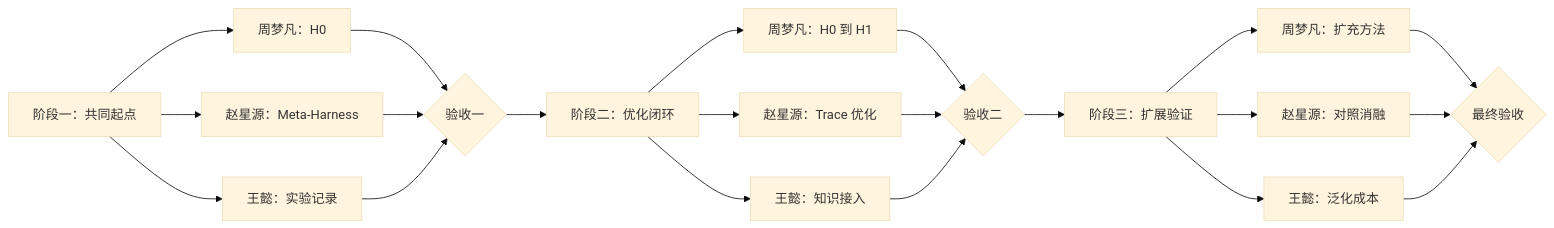
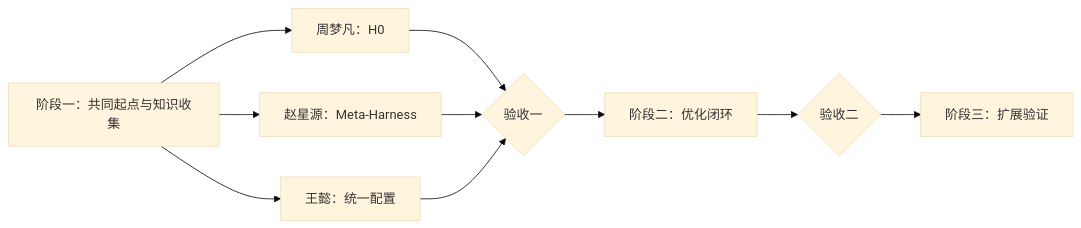
One commit to estreallaxy/knowledge-guided-harness-evolution changed the diagram in docs/team-execution-plan.md. Above: the diagram before and after it, drawn with Mermaid (base theme). The commit also changed other lines of this file and 1 other file, not shown here.

````diff
--- a/docs/team-execution-plan.md
+++ b/docs/team-execution-plan.md
@@ -5,30 +5,12 @@
 ```mermaid
 flowchart LR
-    A[阶段一：共同起点]
-    B{验收一}
-    B --> C[阶段二：优化闭环]
-    D{验收二}
-    D --> E[阶段三：扩展验证]
-    F{最终验收}
-
-    A --> A1[周梦凡：H0]
+    A[阶段一：共同起点与知识收集] --> A1[周梦凡：H0]
     A --> A2[赵星源：Meta-Harness]
-    A --> A3[王懿：实验记录]
-    A1 --> B
+    A --> A3[王懿：统一配置]
+    A1 --> B{验收一}
     A2 --> B
     A3 --> B
-
-    C --> C1[周梦凡：H0 到 H1]
-    C --> C2[赵星源：Trace 优化]
-    C --> C3[王懿：知识接入]
-    C1 --> D
-    C2 --> D
-    C3 --> D
-
-    E --> E1[周梦凡：扩充方法]
-    E --> E2[赵星源：对照消融]
-    E --> E3[王懿：泛化成本]
-    E1 --> F
-    E2 --> F
-    E3 --> F
+    B --> C[阶段二：优化闭环]
+    C --> D{验收二}
+    D --> E[阶段三：扩展验证]
 ```
````
